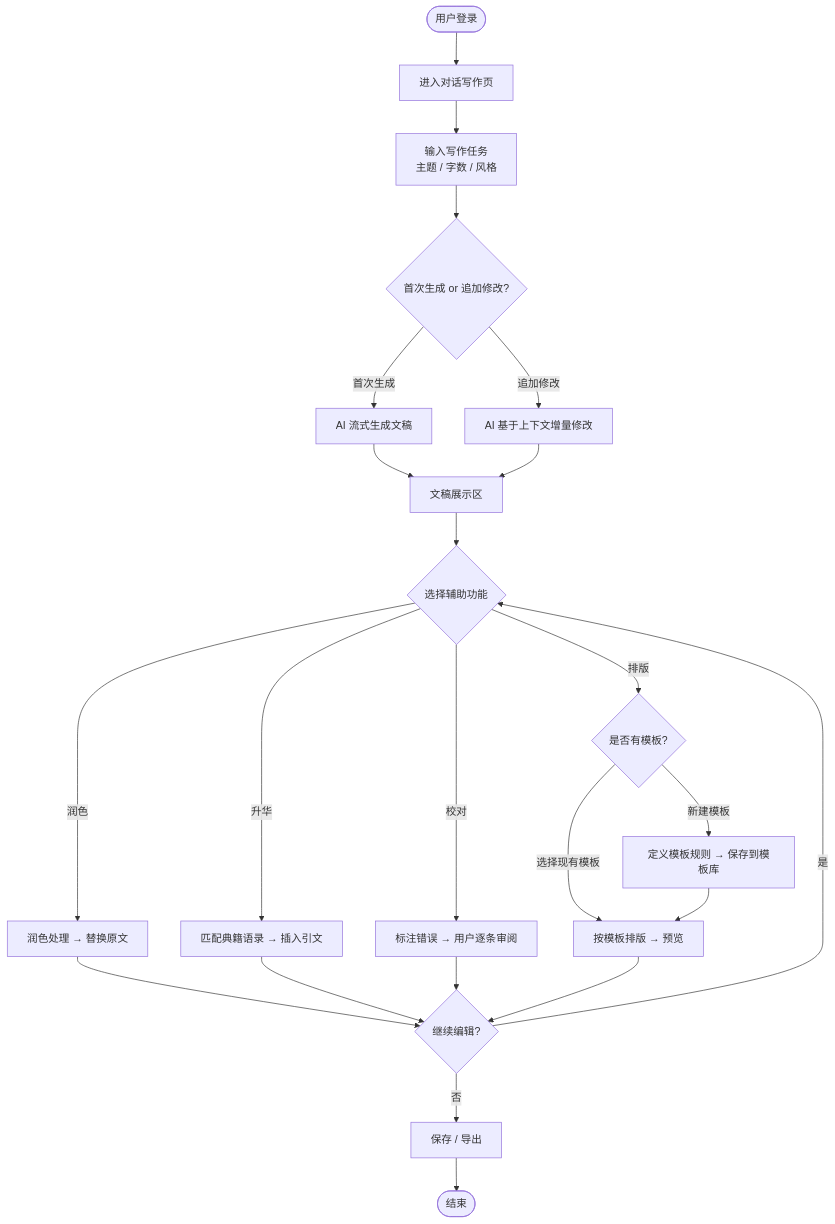
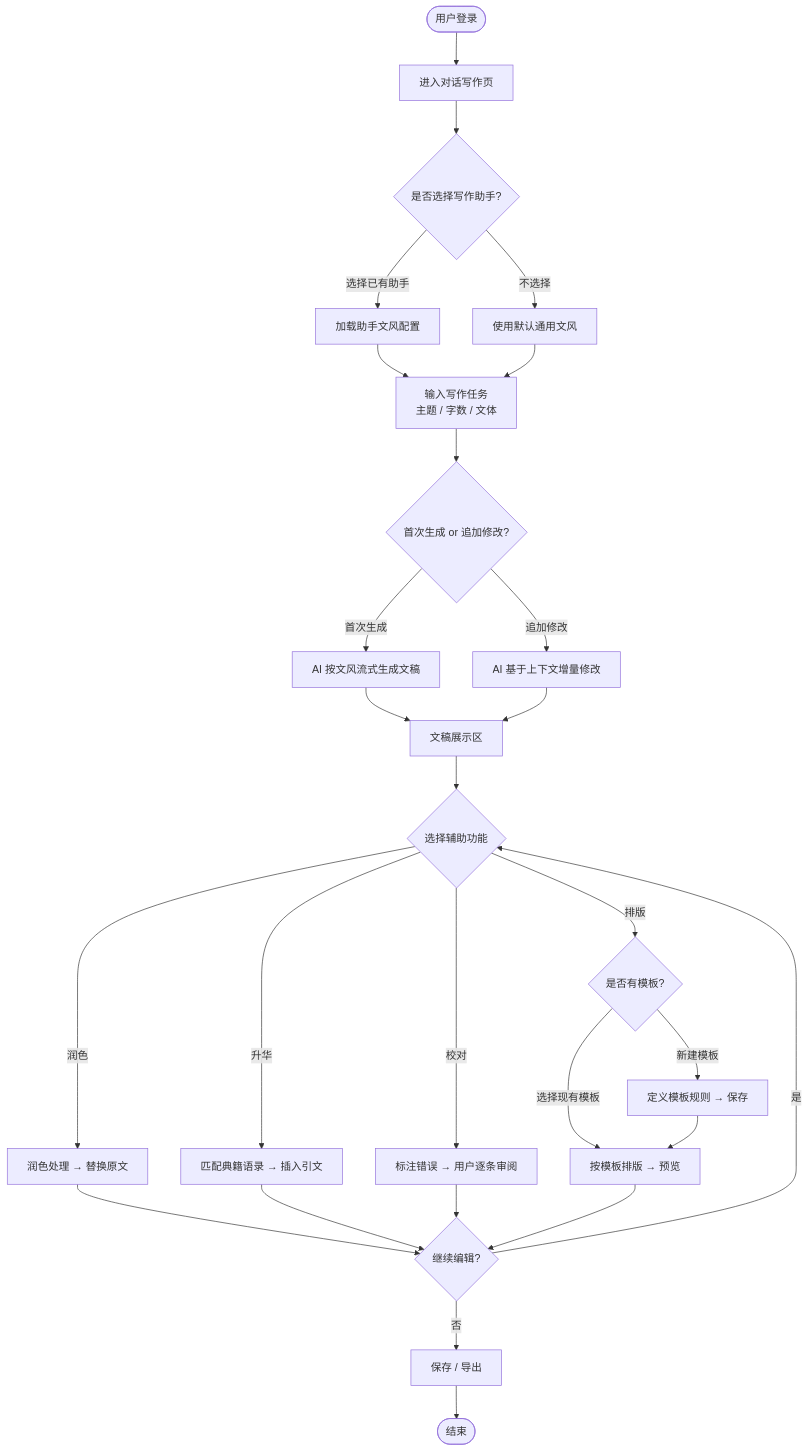
Before and after one commit to wfpepsi/black_tea: the first of 4 diagrams in PRD.md, drawn with Mermaid. The commit also changed other lines of this file, not shown here.

````diff
--- a/PRD.md
+++ b/PRD.md
@@ -79,21 +90,24 @@
 ```mermaid
 flowchart TD
     A([用户登录]) --> B[进入对话写作页]
-    B --> C[输入写作任务\n主题 / 字数 / 风格]
-    C --> D{首次生成 or 追加修改?}
-    D -- 首次生成 --> E[AI 流式生成文稿]
-    D -- 追加修改 --> F[AI 基于上下文增量修改]
-    E --> G[文稿展示区]
-    F --> G
-    G --> H{选择辅助功能}
-    H -- 润色 --> I[润色处理 → 替换原文]
-    H -- 升华 --> J[匹配典籍语录 → 插入引文]
-    H -- 校对 --> K[标注错误 → 用户逐条审阅]
-    H -- 排版 --> L{是否有模板?}
-    L -- 选择现有模板 --> M[按模板排版 → 预览]
-    L -- 新建模板 --> N[定义模板规则 → 保存到模板库] --> M
-    I & J & K & M --> O{继续编辑?}
-    O -- 是 --> H
-    O -- 否 --> P[保存 / 导出]
-    P --> Q([结束])
+    B --> C{是否选择写作助手?}
+    C -- 选择已有助手 --> D[加载助手文风配置]
+    C -- 不选择 --> E[使用默认通用文风]
+    D & E --> F[输入写作任务\n主题 / 字数 / 文体]
+    F --> G{首次生成 or 追加修改?}
+    G -- 首次生成 --> H[AI 按文风流式生成文稿]
+    G -- 追加修改 --> I[AI 基于上下文增量修改]
+    H --> J[文稿展示区]
+    I --> J
+    J --> K{选择辅助功能}
+    K -- 润色 --> L[润色处理 → 替换原文]
+    K -- 升华 --> M[匹配典籍语录 → 插入引文]
+    K -- 校对 --> N[标注错误 → 用户逐条审阅]
+    K -- 排版 --> O{是否有模板?}
+    O -- 选择现有模板 --> P[按模板排版 → 预览]
+    O -- 新建模板 --> Q[定义模板规则 → 保存] --> P
+    L & M & N & P --> R{继续编辑?}
+    R -- 是 --> K
+    R -- 否 --> S[保存 / 导出]
+    S --> T([结束])
 ```
````
